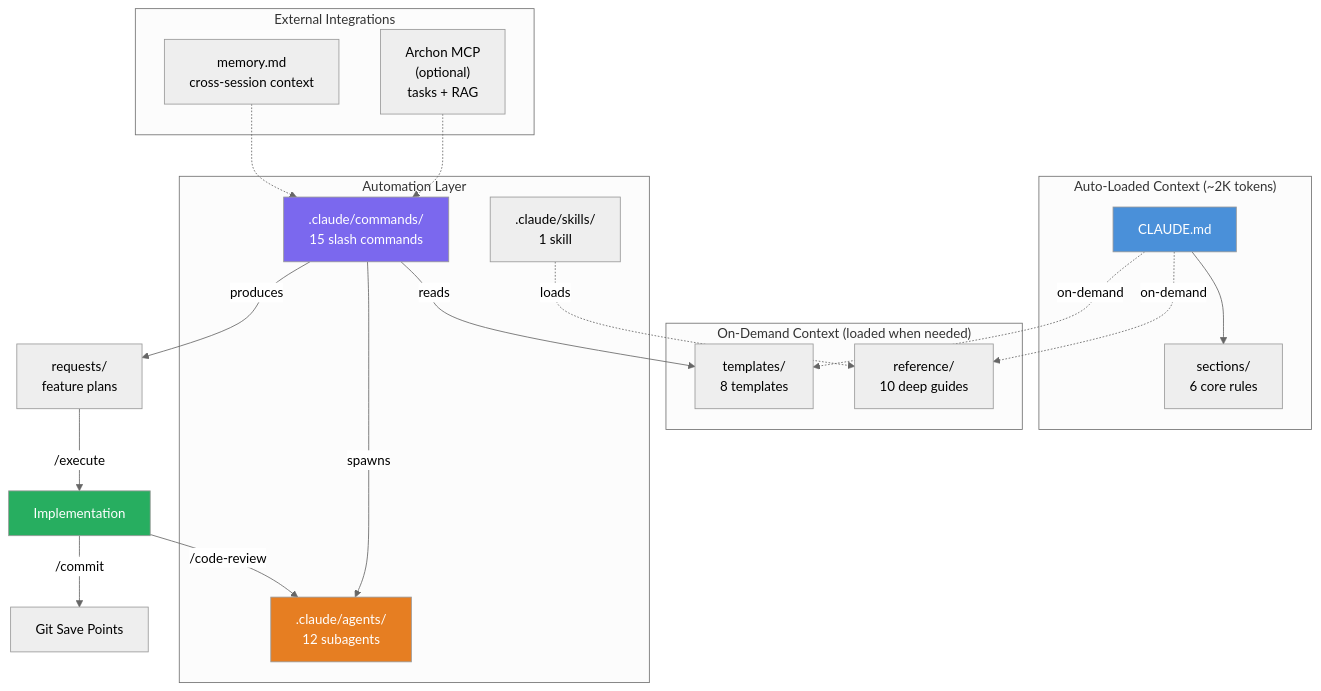
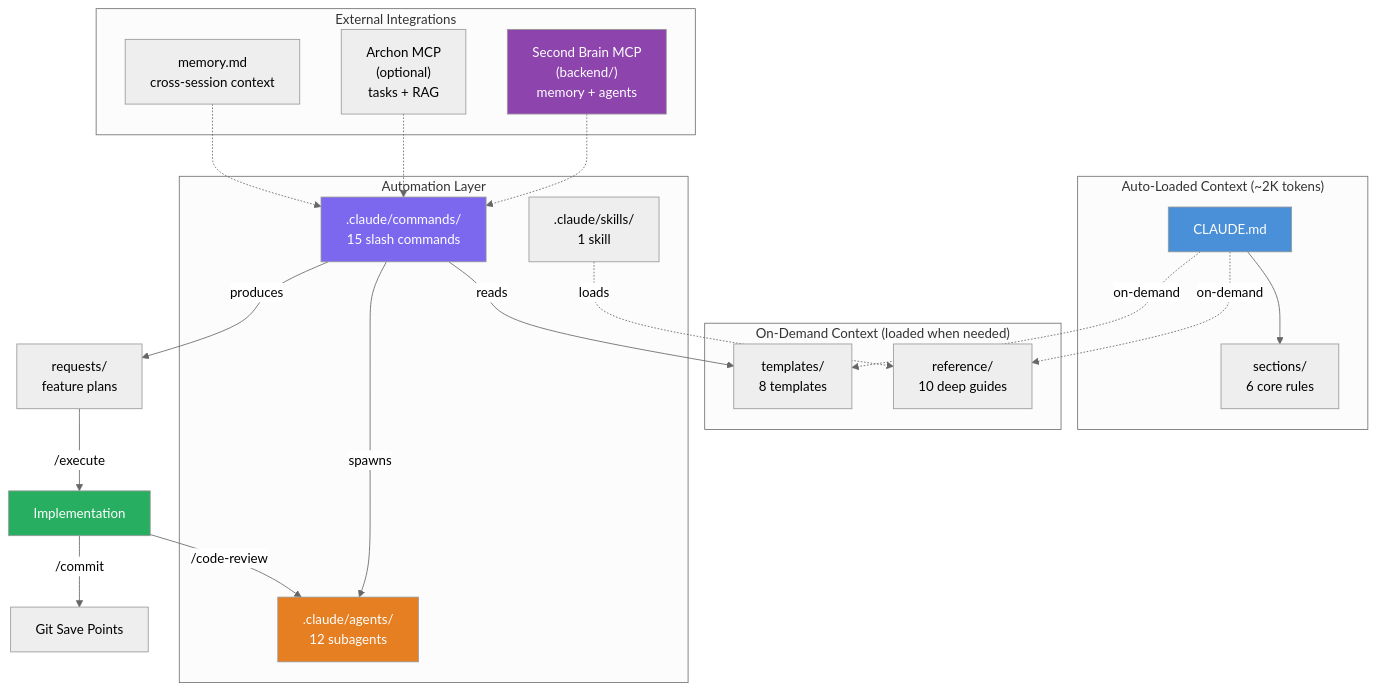
One commit to ryanjosebrosas/second-brain-ultimatum changed the third of 10 diagrams in README.md. Above: the diagram before and after it, drawn with Mermaid (neutral theme). The commit also changed other lines of this file, not shown here.

Commit message:
docs(readme): rewrite for V2 — dual-layer system + Second Brain backend

````diff
--- a/README.md
+++ b/README.md
@@ -147,39 +160,42 @@
 ```mermaid
 graph TD
     subgraph "Auto-Loaded Context (~2K tokens)"
         CLAUDE["CLAUDE.md"] --> S["sections/<br/>6 core rules"]
     end
 
     subgraph "On-Demand Context (loaded when needed)"
         R["reference/<br/>10 deep guides"]
         T["templates/<br/>8 templates"]
     end
 
     subgraph "Automation Layer"
         CMD[".claude/commands/<br/>15 slash commands"]
         AG[".claude/agents/<br/>12 subagents"]
         SK[".claude/skills/<br/>1 skill"]
     end
 
     subgraph "External Integrations"
         MEM["memory.md<br/>cross-session context"]
         ARCHON["Archon MCP<br/>(optional)<br/>tasks + RAG"]
+        BRAIN["Second Brain MCP<br/>(backend/)<br/>memory + agents"]
     end
 
     CLAUDE -.->|"on-demand"| R
     CLAUDE -.->|"on-demand"| T
     CMD -->|"reads"| T
     CMD -->|"spawns"| AG
     SK -.->|"loads"| R
     MEM -.-> CMD
     ARCHON -.-> CMD
+    BRAIN -.-> CMD
     CMD -->|"produces"| REQ["requests/<br/>feature plans"]
     REQ -->|"/execute"| IMPL["Implementation"]
     IMPL -->|"/code-review"| AG
     IMPL -->|"/commit"| GIT["Git Save Points"]
 
     style CLAUDE fill:#4a90d9,color:#fff
     style CMD fill:#7b68ee,color:#fff
     style AG fill:#e67e22,color:#fff
     style IMPL fill:#27ae60,color:#fff
+    style BRAIN fill:#8e44ad,color:#fff
 ```
````
